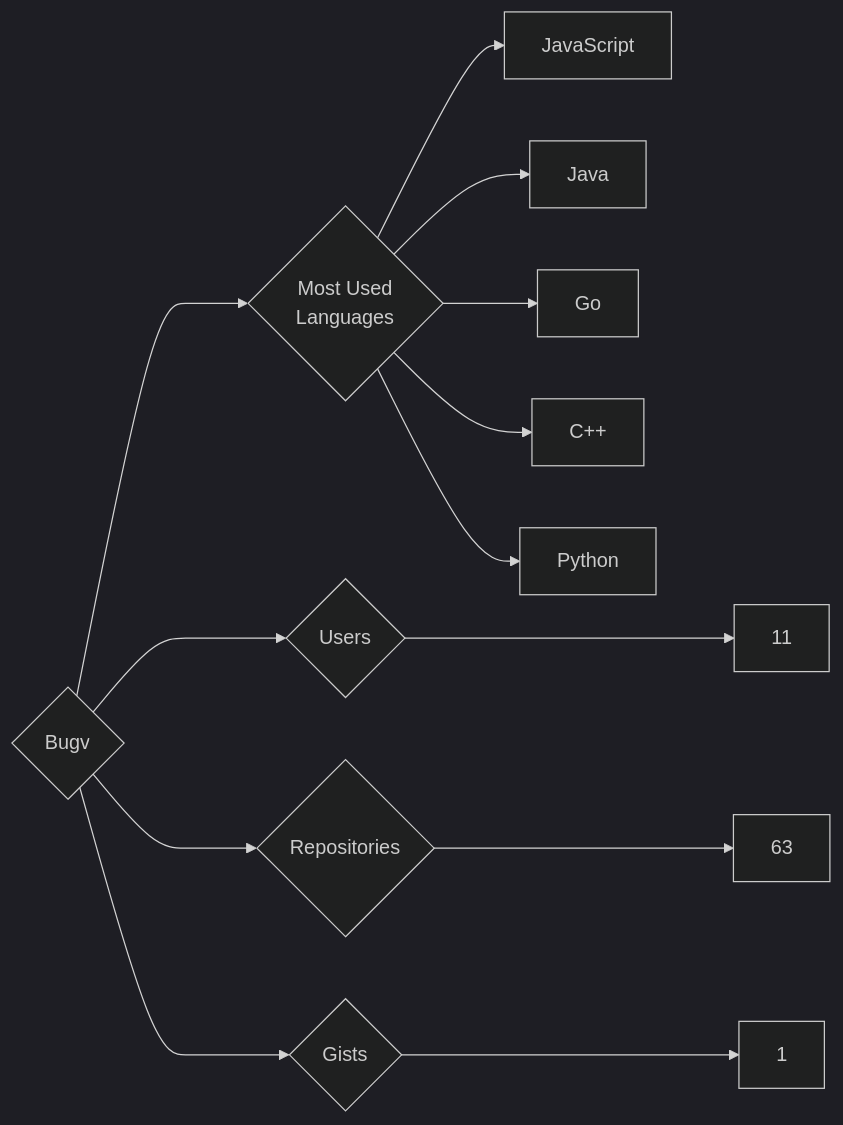
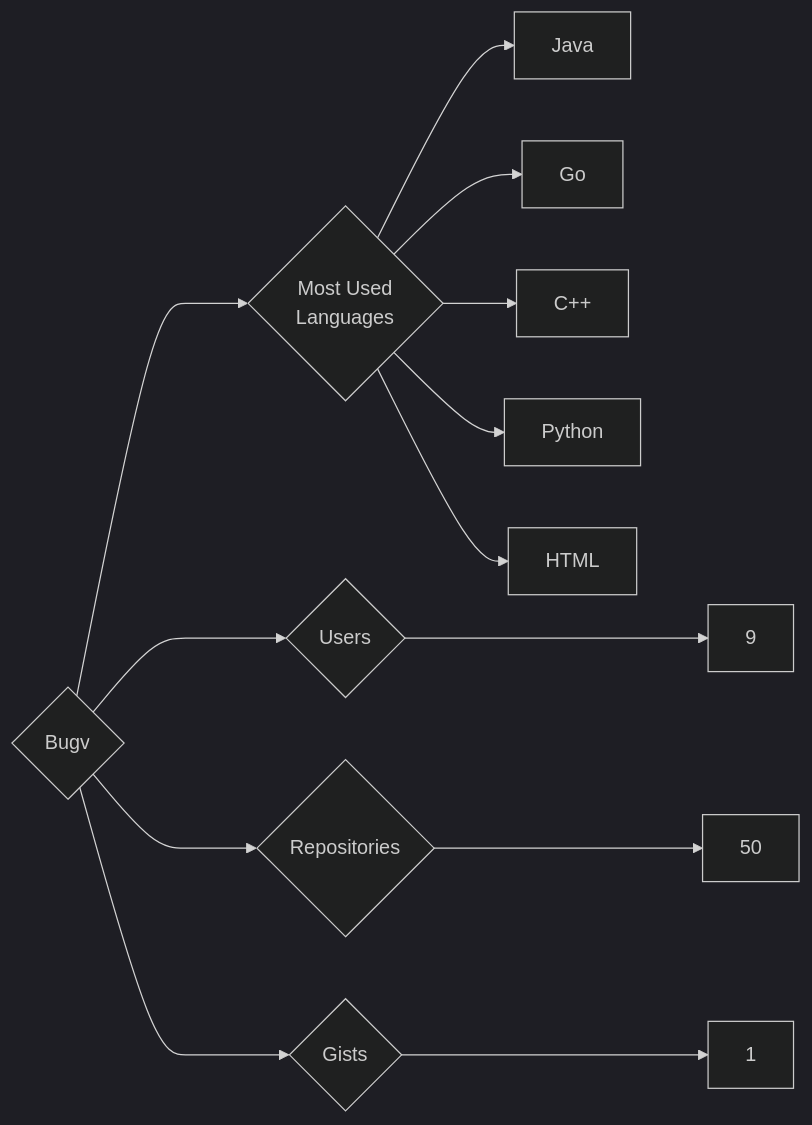
The diagram in targets/Bugv/README.md (trickest/insiders), drawn with Mermaid (dark theme) before and after one commit. The commit also changed 1020 other files, not shown here.

````diff
--- a/targets/Bugv/README.md
+++ b/targets/Bugv/README.md
@@ -3,13 +3,13 @@
 ```mermaid
 graph LR
 COMPANY_NAME{Bugv}
-COMPANY_NAME ---> U{Users} ---> UN[11]
-COMPANY_NAME ---> R{Repositories} ---> RN[63]
+COMPANY_NAME ---> U{Users} ---> UN[9]
+COMPANY_NAME ---> R{Repositories} ---> RN[50]
 COMPANY_NAME ---> G{Gists} ---> GN[1]
 COMPANY_NAME ---> ML{Most Used<br>Languages}
-ML --> JavaScript[JavaScript]
 ML --> Java[Java]
 ML --> Go[Go]
 ML --> C++[C++]
 ML --> Python[Python]
+ML --> HTML[HTML]
 ```
````
